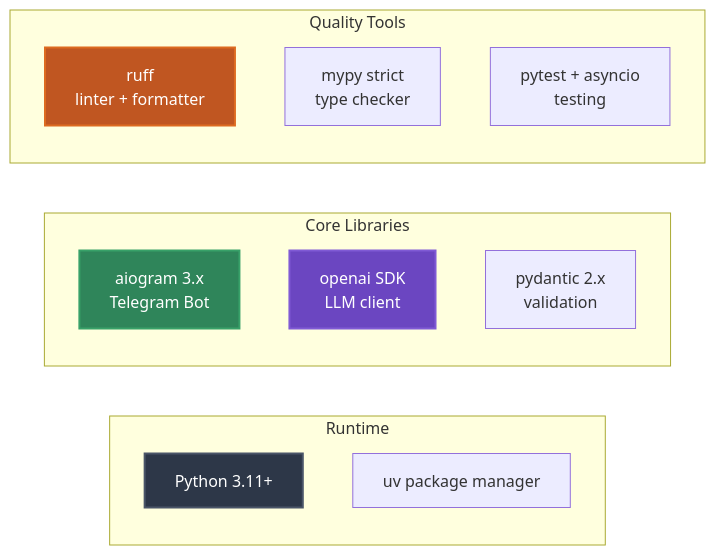
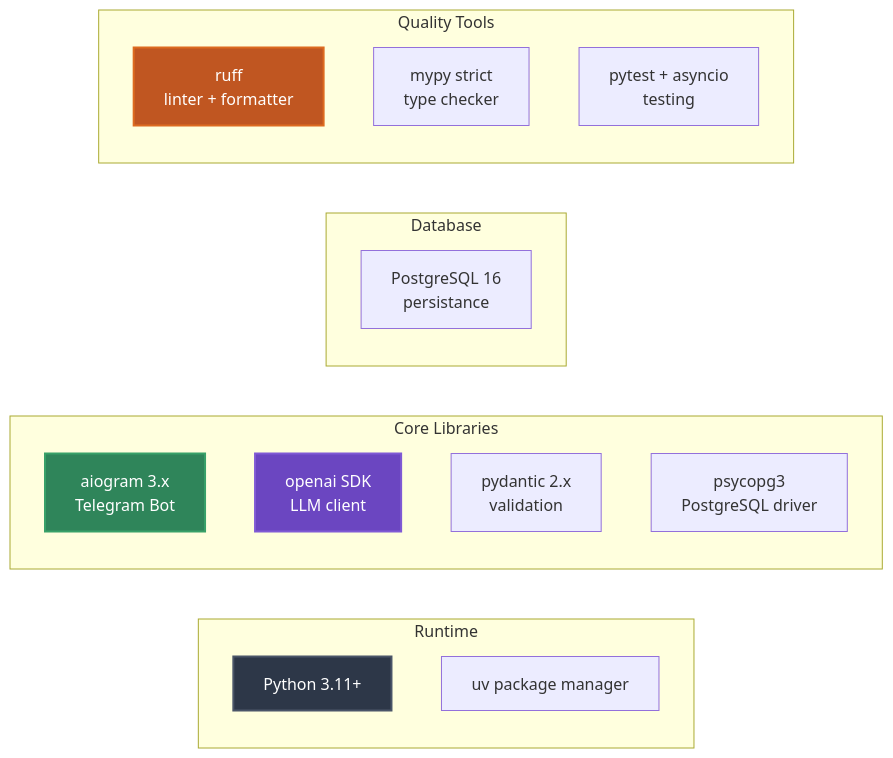
One commit to Eugene-D-evelop/systech-aidd changed the third of 4 diagrams in docs/guides/02_ARCHITECTURE_OVERVIEW.md. Above: the diagram before and after it, drawn with Mermaid. The commit also changed other lines of this file and 13 other files, not shown here.

First line of the commit message:
docs: обновление документации после миграции на PostgreSQL

````diff
--- a/docs/guides/02_ARCHITECTURE_OVERVIEW.md
+++ b/docs/guides/02_ARCHITECTURE_OVERVIEW.md
@@ -211,24 +240,29 @@
 ```mermaid
 graph LR
     subgraph "Runtime"
         PY[Python 3.11+]
         UV[uv package manager]
     end
     
     subgraph "Core Libraries"
         AIOGRAM[aiogram 3.x<br/>Telegram Bot]
         OPENAI[openai SDK<br/>LLM client]
         PYDANTIC[pydantic 2.x<br/>validation]
+        PSYCOPG[psycopg3<br/>PostgreSQL driver]
+    end
+    
+    subgraph "Database"
+        POSTGRES[PostgreSQL 16<br/>persistance]
     end
     
     subgraph "Quality Tools"
         RUFF[ruff<br/>linter + formatter]
         MYPY[mypy strict<br/>type checker]
         PYTEST[pytest + asyncio<br/>testing]
     end
     
     style PY fill:#2d3748,stroke:#4a5568,stroke-width:2px,color:#fff
     style AIOGRAM fill:#2f855a,stroke:#38a169,stroke-width:2px,color:#fff
     style OPENAI fill:#6b46c1,stroke:#805ad5,stroke-width:2px,color:#fff
     style RUFF fill:#c05621,stroke:#dd6b20,stroke-width:2px,color:#fff
 ```
````
